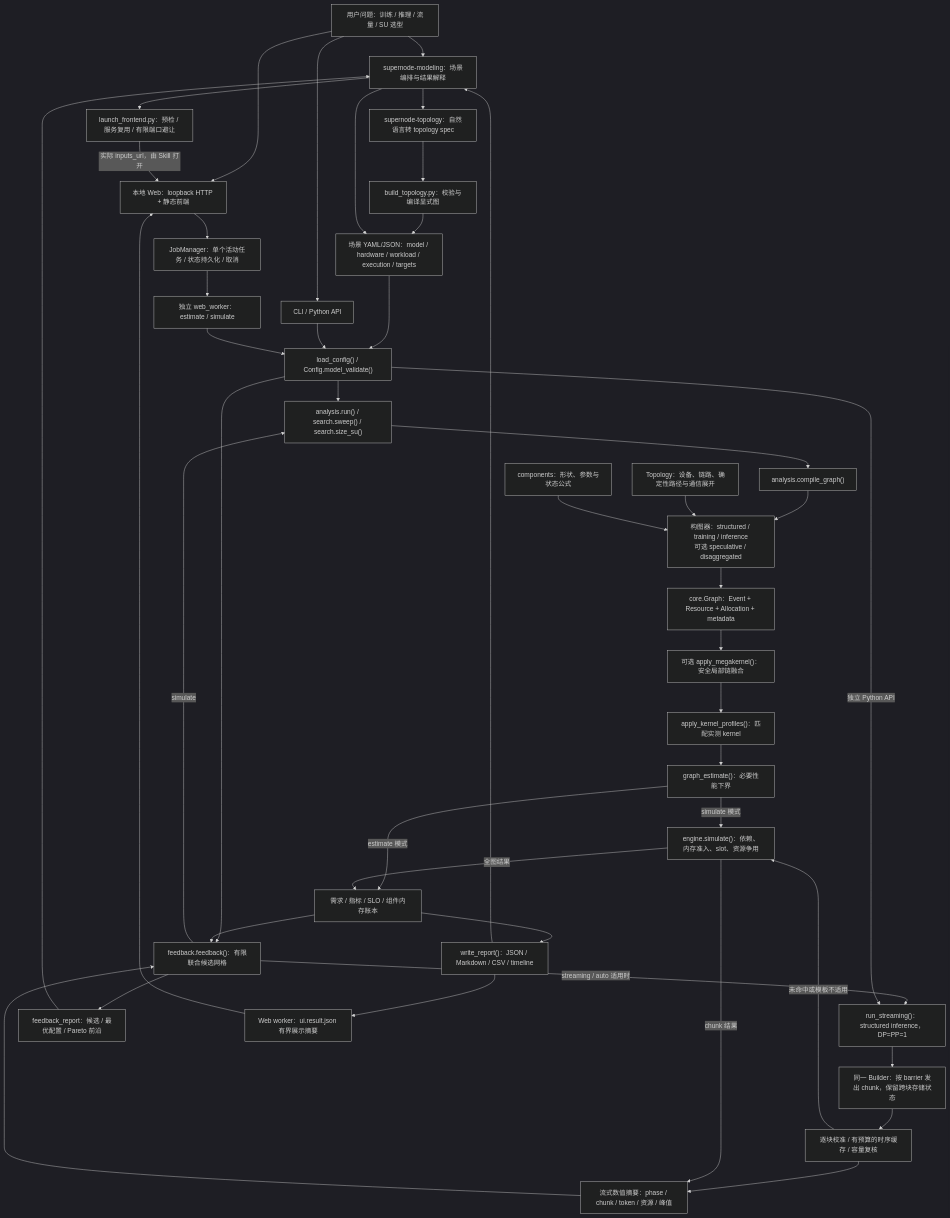
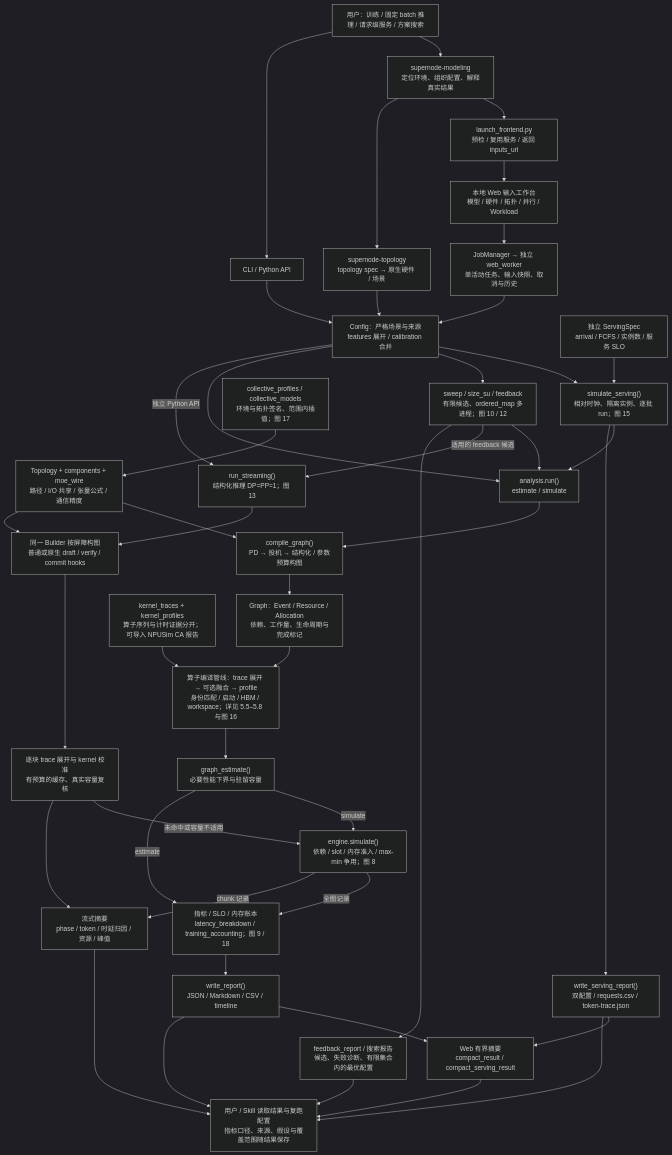
The diagram in docs/diagrams/00-architecture.mmd (GuangyuZhu04/supernode_simulation), drawn with Mermaid (dark theme) before and after one commit. The commit also changed 71 other files, not shown here.

```diff
--- a/docs/diagrams/00-architecture.mmd
+++ b/docs/diagrams/00-architecture.mmd
@@ -1,44 +1,44 @@
 flowchart TB
-    U["用户问题：训练 / 推理 / 流量 / SU 选型"] --> S["supernode-modeling：场景编排与结果解释"]
+    U["用户：训练 / 固定 batch 推理 / 请求级服务 / 方案搜索"] --> S["supernode-modeling<br/>定位环境、组织配置、解释真实结果"]
+    S --> LF["launch_frontend.py<br/>预检 / 复用服务 / 返回 inputs_url"]
+    LF --> W["本地 Web 输入工作台<br/>模型 / 硬件 / 拓扑 / 并行 / Workload"]
     U --> CLI["CLI / Python API"]
-    U --> W["本地 Web：loopback HTTP + 静态前端"]
-    S --> LF["launch_frontend.py：预检 / 服务复用 / 有限端口避让"]
-    LF -->|实际 inputs_url，由 Skill 打开| W
-    S --> TS["supernode-topology：自然语言转 topology spec"]
-    TS --> TC["build_topology.py：校验与编译显式图"]
-    TC --> C
-    S --> C["场景 YAML/JSON：model / hardware / workload / execution / targets"]
-    C --> V["load_config() / Config.model_validate()"]
-    CLI --> V
-    W --> J["JobManager：单个活动任务 / 状态持久化 / 取消"]
-    J --> WW["独立 web_worker：estimate / simulate"]
-    WW --> V
-    V --> A["analysis.run() / search.sweep() / search.size_su()"]
-    V --> F["feedback.feedback()：有限联合候选网格"]
-    F -->|simulate| A
-    F -->|streaming / auto 适用时| L["run_streaming()：structured inference，DP=PP=1"]
-    V -->|独立 Python API| L
-    A --> G["analysis.compile_graph()"]
-    G --> B["构图器：structured / training / inference<br/>可选 speculative / disaggregated"]
-    B --> D["core.Graph：Event + Resource + Allocation + metadata"]
-    T["Topology：设备、链路、确定性路径与通信展开"] --> B
-    P["components：形状、参数与状态公式"] --> B
-    D --> MK["可选 apply_megakernel()：安全局部链融合"]
-    MK --> K["apply_kernel_profiles()：匹配实测 kernel"]
-    K --> E["graph_estimate()：必要性能下界"]
-    E -->|simulate 模式| X["engine.simulate()：依赖、内存准入、slot、资源争用"]
-    E -->|estimate 模式| R["需求 / 指标 / SLO / 组件内存账本"]
-    X -->|全图结果| R
-    R --> O["write_report()：JSON / Markdown / CSV / timeline"]
-    L --> SB["同一 Builder：按 barrier 发出 chunk，保留跨块存储状态"]
-    SB --> CK["逐块校准 / 有预算的时序缓存 / 容量复核"]
-    CK -->|未命中或模板不适用| X
-    CK --> Q["流式数值摘要：phase / chunk / token / 资源 / 峰值"]
-    X -->|chunk 结果| Q
-    Q --> F
-    R --> F
-    F --> FO["feedback_report：候选 / 最优配置 / Pareto 前沿"]
-    O --> UI["Web worker：ui.result.json 有界展示摘要"]
-    UI --> W
-    O --> S
-    FO --> S
+    S --> TS["supernode-topology<br/>topology spec → 原生硬件 / 场景"]
+    TS --> C["Config：严格场景与来源<br/>features 展开 / calibration 合并"]
+    CLI --> C
+    W --> J["JobManager → 独立 web_worker<br/>单活动任务、输入快照、取消与历史"]
+    J --> C
+    SS["独立 ServingSpec<br/>arrival / FCFS / 实例数 / 服务 SLO"] --> SV
+    C --> SV["simulate_serving()<br/>相对时钟、隔离实例、逐批 run；图 15"]
+    C --> SR["sweep / size_su / feedback<br/>有限候选、ordered_map 多进程；图 10 / 12"]
+    C --> A["analysis.run()<br/>estimate / simulate"]
+    SV --> A
+    SR --> A
+    SR -->|适用的 feedback 候选| L
+    C -->|独立 Python API| L["run_streaming()<br/>结构化推理 DP=PP=1；图 13"]
+    A --> G["compile_graph()<br/>PD → 投机 → 结构化 / 参数预算构图"]
+    T["Topology + components + moe_wire<br/>路径 / I/O 共享 / 张量公式 / 通信精度"] --> G
+    CC["collective_profiles / collective_models<br/>环境与拓扑签名、范围内插值；图 17"] --> T
+    G --> D["Graph：Event / Resource / Allocation<br/>依赖、工作量、生命周期与完成标记"]
+    D --> PP["算子编译管线：trace 展开 → 可选融合 → profile<br/>身份匹配 / 启动 / HBM / workspace；详见 5.5–5.8 与图 16"]
+    OPINPUT["kernel_traces + kernel_profiles<br/>算子序列与计时证据分开；可导入 NPUSim CA 报告"] --> PP
+    PP --> E["graph_estimate()<br/>必要性能下界与驻留容量"]
+    E -->|simulate| X["engine.simulate()<br/>依赖 / slot / 内存准入 / max-min 争用；图 8"]
+    E -->|estimate| R["指标 / SLO / 内存账本<br/>latency_breakdown / training_accounting；图 9 / 18"]
+    X -->|全图记录| R
+    R --> O["write_report()<br/>JSON / Markdown / CSV / timeline"]
+    SR --> FO["feedback_report / 搜索报告<br/>候选、失败诊断、有限集合内的最优配置"]
+    L --> SB["同一 Builder 按屏障构图<br/>普通或原生 draft / verify / commit hooks"]
+    T --> SB
+    SB --> CK["逐块 trace 展开与 kernel 校准<br/>有预算的缓存、真实容量复核"]
+    CK -->|未命中或容量不适用| X
+    CK --> Q["流式摘要<br/>phase / token / 时延归因 / 资源 / 峰值"]
+    X -->|chunk 记录| Q
+    SV --> SO["write_serving_report()<br/>双配置 / requests.csv / token-trace.json"]
+    O --> UI["Web 有界摘要<br/>compact_result / compact_serving_result"]
+    SO --> UI
+    UI --> DLV["用户 / Skill 读取结果与复跑配置<br/>指标口径、来源、假设与覆盖范围随结果保存"]
+    O --> DLV
+    SO --> DLV
+    FO --> DLV
+    Q --> DLV
```
